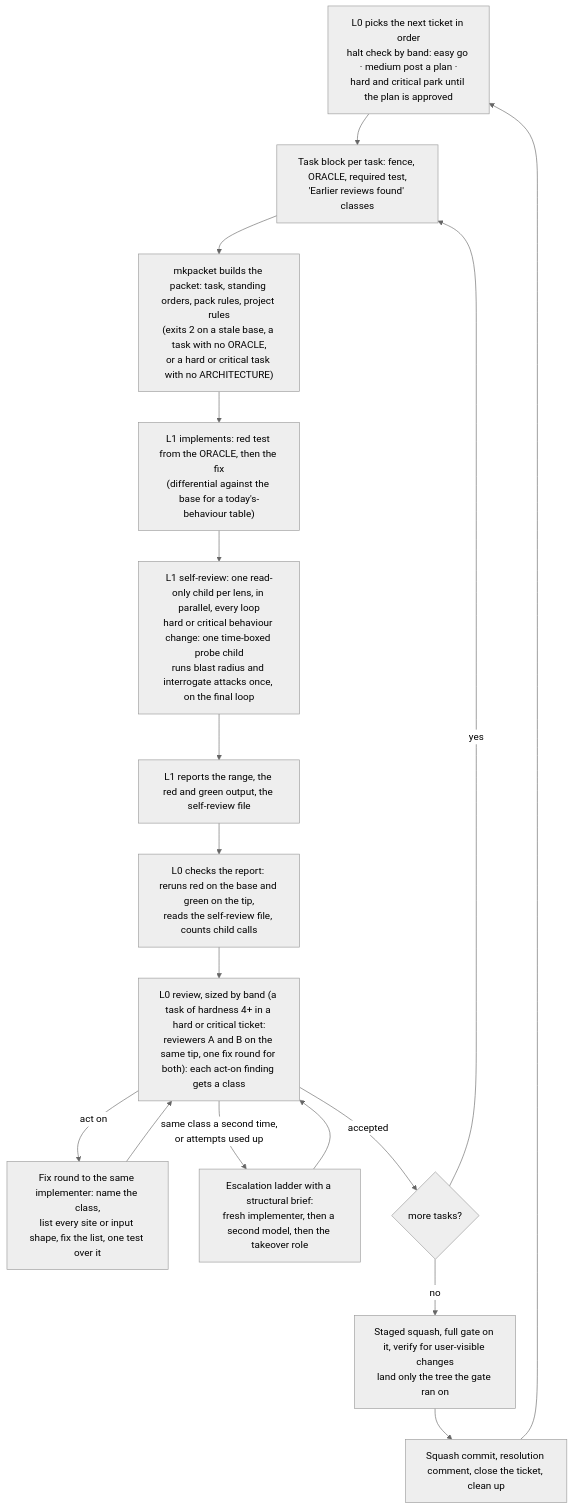
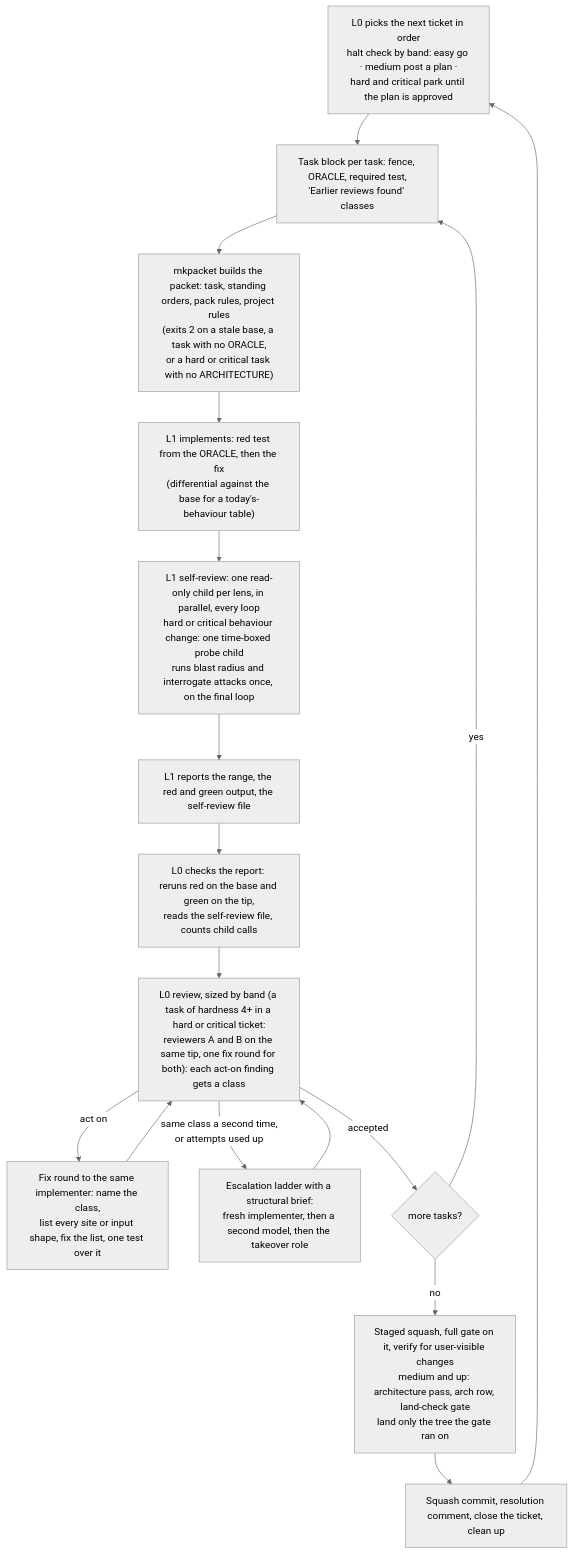
Before and after one commit to kushaldotdev/rigor-pack: the seventh of 7 diagrams in README.md, drawn with Mermaid (neutral theme). The commit also changed other lines of this file and 5 other files, not shown here.

First line of the commit message:
feat(rigor): gate landing on an architecture pass for medium and harder tickets

````diff
--- a/README.md
+++ b/README.md
@@ -164,19 +164,19 @@
 ```mermaid
 flowchart TD
   P["L0 picks the next ticket in order<br/>halt check by band: easy go · medium post a plan ·<br/>hard and critical park until the plan is approved"] --> O["Task block per task: fence, ORACLE, required test,<br/>'Earlier reviews found' classes"]
   O --> K["mkpacket builds the packet: task, standing orders, pack rules, project rules<br/>(exits 2 on a stale base, a task with no ORACLE,<br/>or a hard or critical task with no ARCHITECTURE)"]
   K --> I["L1 implements: red test from the ORACLE, then the fix<br/>(differential against the base for a today's-behaviour table)"]
   I --> SR["L1 self-review: one read-only child per lens, in parallel, every loop<br/>hard or critical behaviour change: one time-boxed probe child<br/>runs blast radius and interrogate attacks once, on the final loop"]
   SR --> R["L1 reports the range, the red and green output, the self-review file"]
   R --> C["L0 checks the report: reruns red on the base and green on the tip,<br/>reads the self-review file, counts child calls"]
   C --> RV["L0 review, sized by band (a task of hardness 4+ in a hard or critical ticket:<br/>reviewers A and B on the same tip, one fix round for both): each act-on finding gets a class"]
   RV -- "act on" --> FX["Fix round to the same implementer: name the class,<br/>list every site or input shape, fix the list, one test over it"]
   FX --> RV
   RV -- "same class a second time,<br/>or attempts used up" --> TK["Escalation ladder with a structural brief:<br/>fresh implementer, then a second model, then the takeover role"]
   TK --> RV
   RV -- accepted --> N{"more tasks?"}
   N -- yes --> O
-  N -- no --> G["Staged squash, full gate on it, verify for user-visible changes<br/>land only the tree the gate ran on"]
+  N -- no --> G["Staged squash, full gate on it, verify for user-visible changes<br/>medium and up: architecture pass, arch row, land-check gate<br/>land only the tree the gate ran on"]
   G --> CL["Squash commit, resolution comment, close the ticket, clean up"]
   CL --> P
 ```
````
